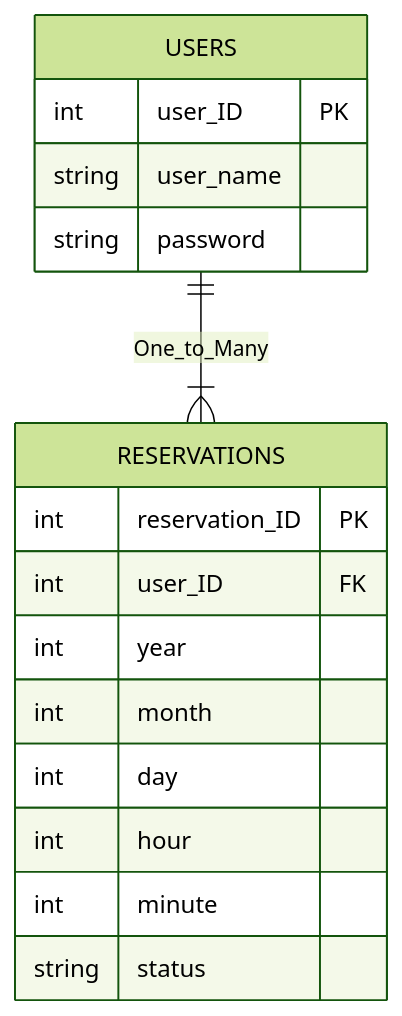
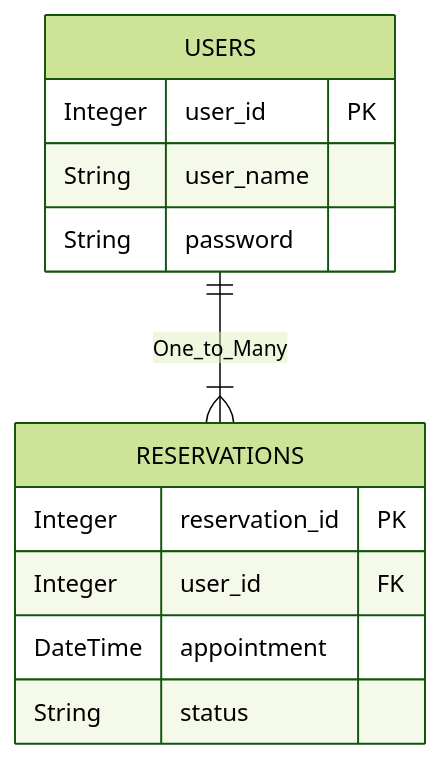
One commit to mbarnestech/melon-tasting-reservation-scheduler changed the diagram in README.md. Above: the diagram before and after it, drawn with Mermaid (forest theme). The commit also changed 1 other file, not shown here.

Commit message:
fix line spacing

````diff
--- a/README.md
+++ b/README.md
@@ -9,24 +9,20 @@
 ```mermaid
 erDiagram
 
 USERS {
-    int user_ID PK
-    string user_name
-    string password
+    Integer user_id PK
+    String user_name
+    String password
 }
 
 RESERVATIONS {
-    int reservation_ID PK
-    int user_ID FK
-    int year
-    int month
-    int day
-    int hour
-    int minute
-    string status
+    Integer reservation_id PK
+    Integer user_id FK
+    DateTime appointment
+    String status
 }
 
 USERS ||--|{ RESERVATIONS: One_to_Many
 
 
 ```
````
